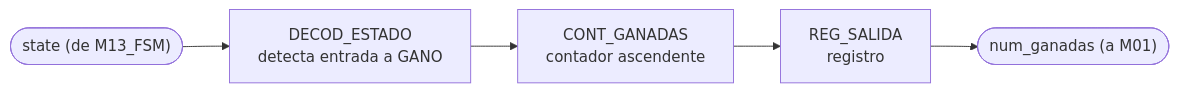
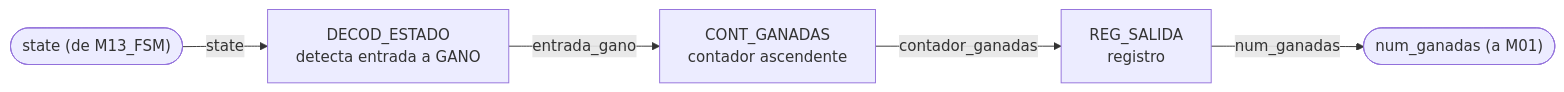
Before and after one commit to Taller-de-diseno-digital-GR01/Proyecto-2-Ahorcado: the seventh of 14 diagrams in docs/diseño/diagramas/nivel03.md, drawn with Mermaid. The commit also changed other lines of this file and 10 other files, not shown here.

````diff
--- a/docs/diseño/diagramas/nivel03.md
+++ b/docs/diseño/diagramas/nivel03.md
@@ -365,7 +365,7 @@
 ```mermaid
 flowchart LR
-    IN_STATE(["state (de M13_FSM)"]) --> DEC_ST["DECOD_ESTADO<br/>detecta entrada a GANO"]
-    DEC_ST --> CNT1["CONT_GANADAS<br/>contador ascendente"]
-    CNT1 --> REG_OUT["REG_SALIDA<br/>registro"]
-    REG_OUT --> OUT_WIN(["num_ganadas (a M01)"])
+    IN_STATE(["state (de M13_FSM)"]) -->|state| DEC_ST["DECOD_ESTADO<br/>detecta entrada a GANO"]
+    DEC_ST -->|entrada_gano| CNT1["CONT_GANADAS<br/>contador ascendente"]
+    CNT1 -->|contador_ganadas| REG_OUT["REG_SALIDA<br/>registro"]
+    REG_OUT -->|num_ganadas| OUT_WIN(["num_ganadas (a M01)"])
 ```
````
